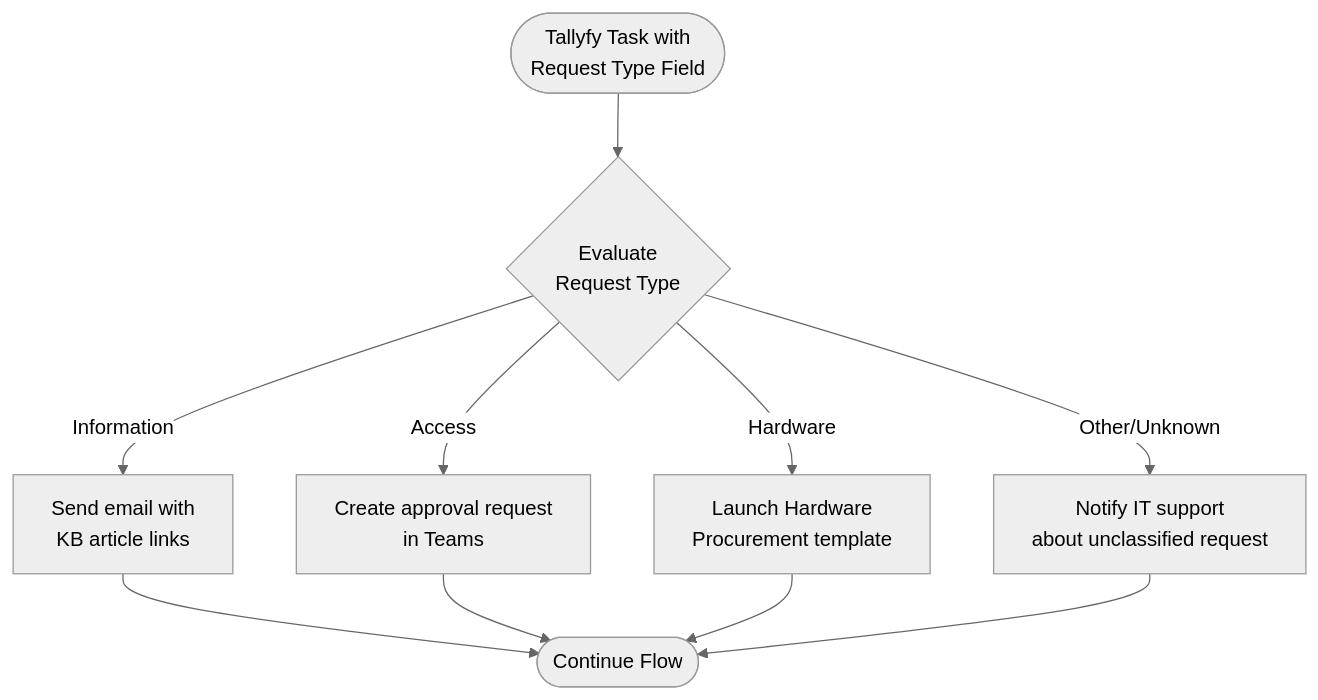
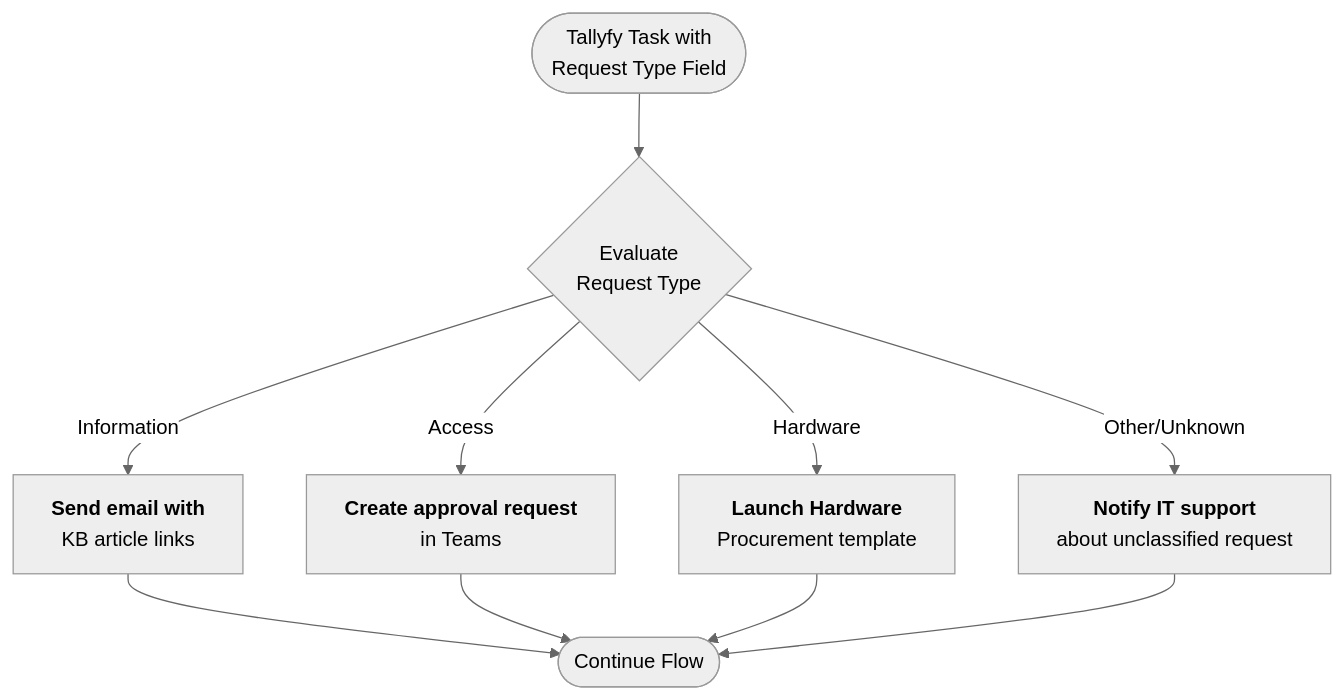
One commit to tallyfy/documentation changed the diagram in src/content/docs/pro/integrations/middleware/power-automate/advanced-conditions-and-expressions.mdx. Above: the diagram before and after it, drawn with Mermaid (neutral theme). The commit also changed 22 other files, not shown here.

Commit message:
Adding changes to Mermaid

````diff
--- a/src/content/docs/pro/integrations/middleware/power-automate/advanced-conditions-and-expressions.mdx
+++ b/src/content/docs/pro/integrations/middleware/power-automate/advanced-conditions-and-expressions.mdx
@@ -94,18 +94,22 @@
 ```mermaid
 flowchart TD
     Start([Tallyfy Task with<br/>Request Type Field]) --> Evaluate{Evaluate<br/>Request Type}
     
-    Evaluate -->|Information| Info[Send email with<br/>KB article links]
-    Evaluate -->|Access| Access[Create approval request<br/>in Teams]
-    Evaluate -->|Hardware| Hardware[Launch Hardware<br/>Procurement template]
-    Evaluate -->|Other/Unknown| Default[Notify IT support<br/>about unclassified request]
+    Evaluate -->|"`Information`"| Info["`**Send email with**
+KB article links`"]
+    Evaluate -->|"`Access`"| Access["`**Create approval request**
+in Teams`"]
+    Evaluate -->|"`Hardware`"| Hardware["`**Launch Hardware**
+Procurement template`"]
+    Evaluate -->|"`Other/Unknown`"| Default["`**Notify IT support**
+about unclassified request`"]
     
     Info --> End([Continue Flow])
     Access --> End
     Hardware --> End
     Default --> End
     
     
     click Hardware "/products/pro/documenting/templates/" "Learn about procedure templates"
     click Access "/products/pro/integrations/middleware/power-automate/integrating-power-automate-approvals-with-microsoft-teams/" "Teams approval integration"
 ```
````
